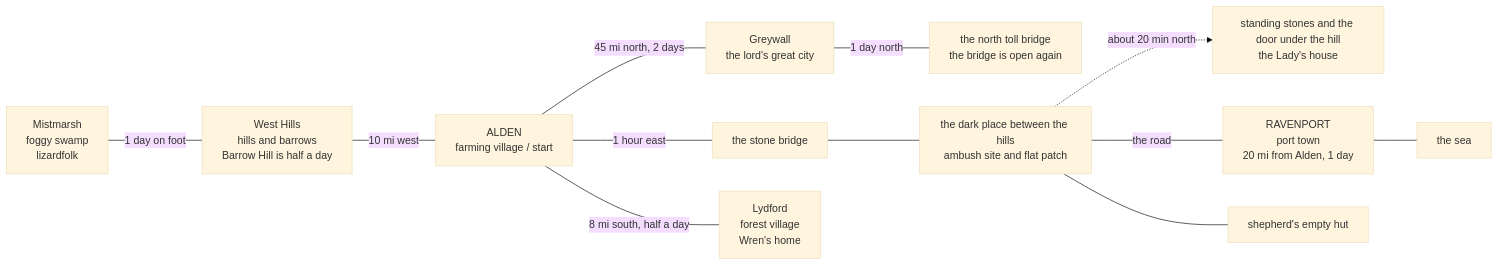
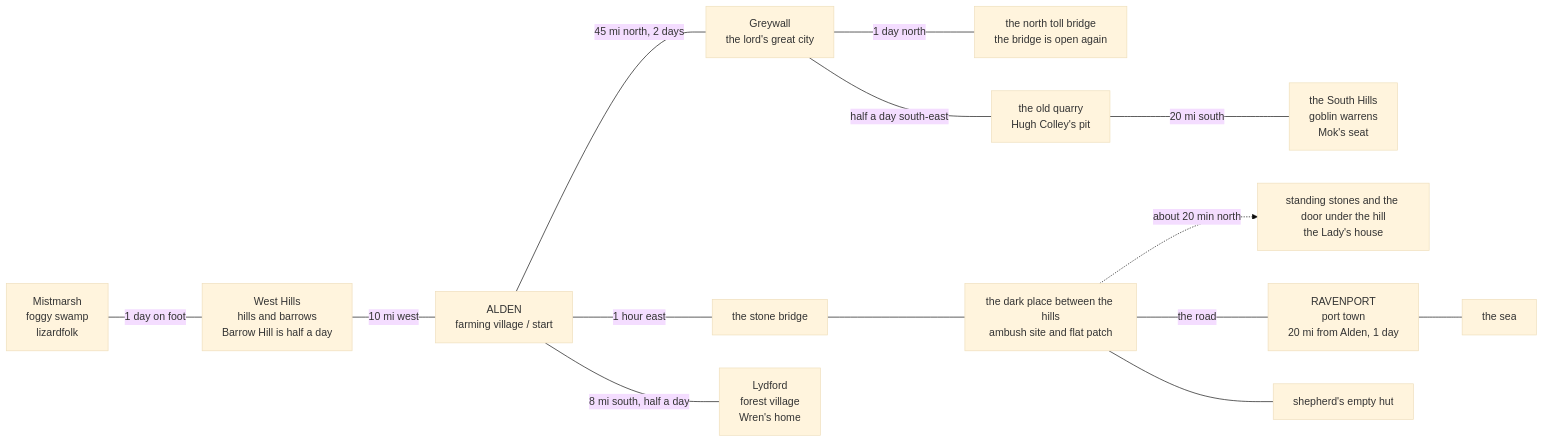
The diagram in dungeons/world-settings-en.md (goblin-fish/pico-pub), drawn with Mermaid (base theme) before and after one commit. The commit also changed other lines of this file and 1 other file, not shown here.

Commit message:
Sync world settings: the old quarry and the South Hills

````diff
--- a/dungeons/world-settings-en.md
+++ b/dungeons/world-settings-en.md
@@ -8,14 +8,16 @@
 ```mermaid
 flowchart LR
     MM["Mistmarsh<br/>foggy swamp<br/>lizardfolk"] ---|1 day on foot| WH["West Hills<br/>hills and barrows<br/>Barrow Hill is half a day"]
     WH ---|10 mi west| ALD["ALDEN<br/>farming village / start"]
     GW ---|1 day north| TB["the north toll bridge<br/>the bridge is open again"]
     ALD ---|45 mi north, 2 days| GW["Greywall<br/>the lord's great city"]
+    GW ---|half a day south-east| QU["the old quarry<br/>Hugh Colley's pit"]
+    QU ---|20 mi south| SH["the South Hills<br/>goblin warrens<br/>Mok's seat"]
     ALD ---|1 hour east| SB["the stone bridge"]
     SB --- AMB["the dark place between the hills<br/>ambush site and flat patch"]
     AMB -.->|about 20 min north| ST["standing stones and the door under the hill<br/>the Lady's house"]
     AMB ---|the road| RP["RAVENPORT<br/>port town<br/>20 mi from Alden, 1 day"]
     AMB --- HUT["shepherd's empty hut"]
     RP --- SEA["the sea"]
     ALD ---|8 mi south, half a day| LYD["Lydford<br/>forest village<br/>Wren's home"]
 ```
````
